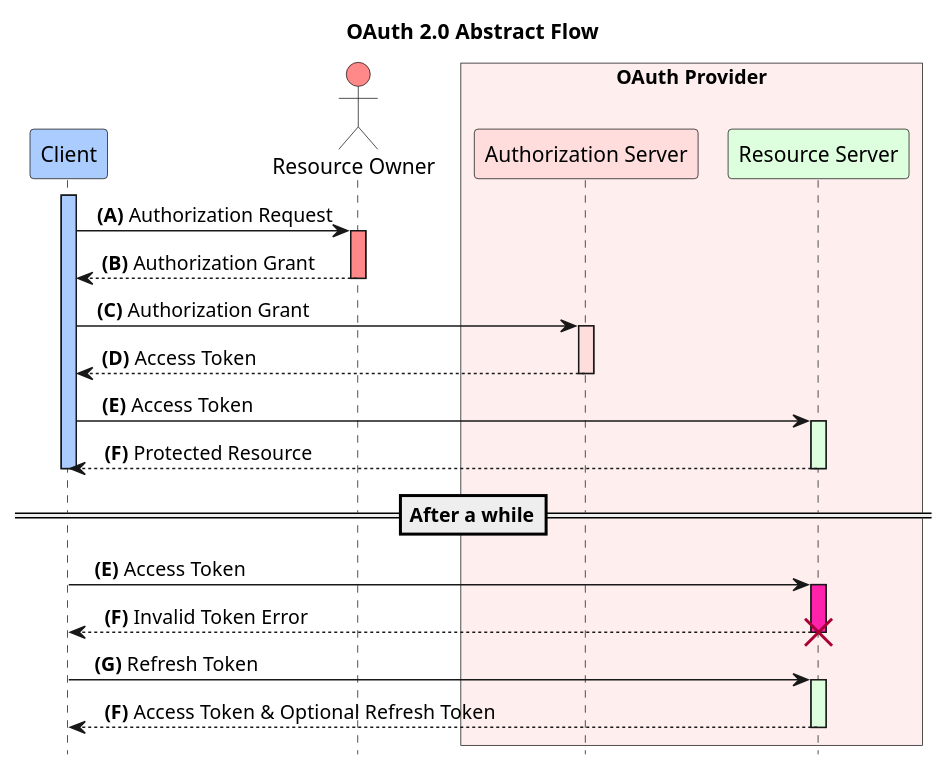
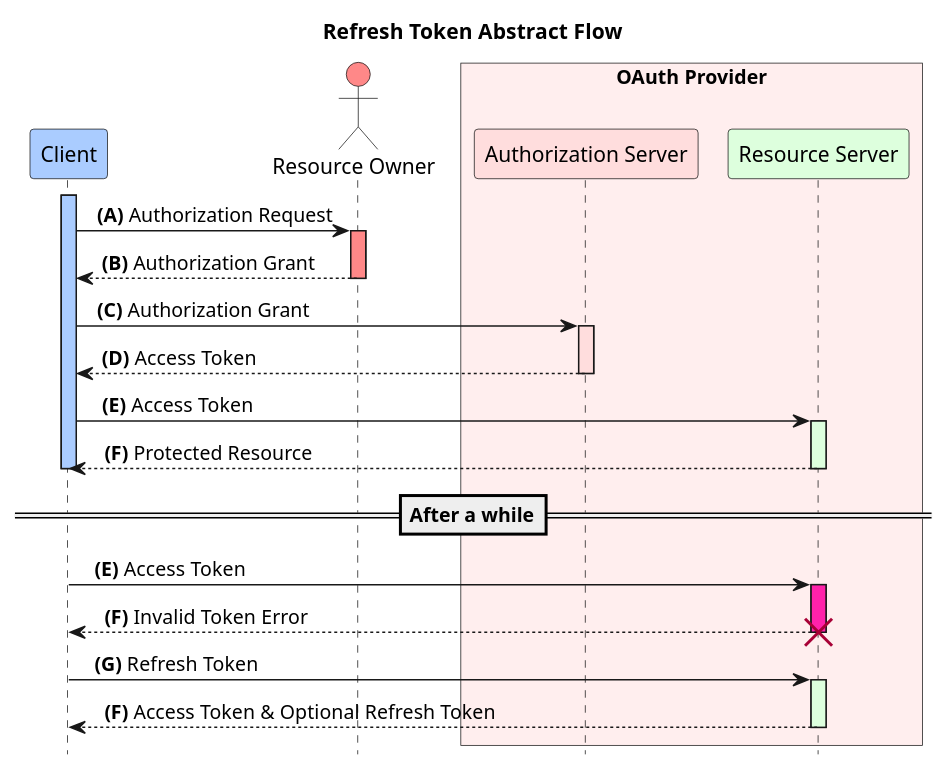
The diagram in diagrams/004-refresh-token.puml (naderghanbari/oauth2-slides), drawn with PlantUML before and after one commit. The commit also changed 2 other files, not shown here.

```diff
--- a/diagrams/004-refresh-token.puml
+++ b/diagrams/004-refresh-token.puml
@@ -1,36 +1,36 @@
 @startuml
 
-title OAuth 2.0 Abstract Flow
+title Refresh Token Abstract Flow
 hide footbox
 skinparam {
   ParticipantPadding 5
   BoxPadding 5
 }
 
 participant "Client"                as CL       #ACF
 actor       "Resource Owner"        as RO       #F88
 box "OAuth Provider" #FEE
 participant "Authorization Server"  as AS       #FDD
 participant "Resource Server"       as RS       #DFD
 end box
 
 activate CL #ACF
   CL->RO ++ #F88:   <b>  (A)</b> Authorization Request
   return            <b>(B)</b> Authorization Grant
   CL->AS ++ #FDD:   <b>  (C)</b> Authorization Grant
   return            <b>(D)</b> Access Token
   CL->RS ++ #DFD:   <b>   (E)</b> Access Token
   return            <b>  (F)</b> Protected Resource
 deactivate CL
 
 ==After a while==
 
 CL -> RS:   <b>   (E)</b> Access Token
 activate RS #F2A
 CL <--RS: <b>  (F)</b> Invalid Token Error
 destroy RS
 
 CL -> RS ++ #DFD:   <b>   (G)</b> Refresh Token
 return <b>  (F)</b> Access Token & Optional Refresh Token
 
 @enduml
```
